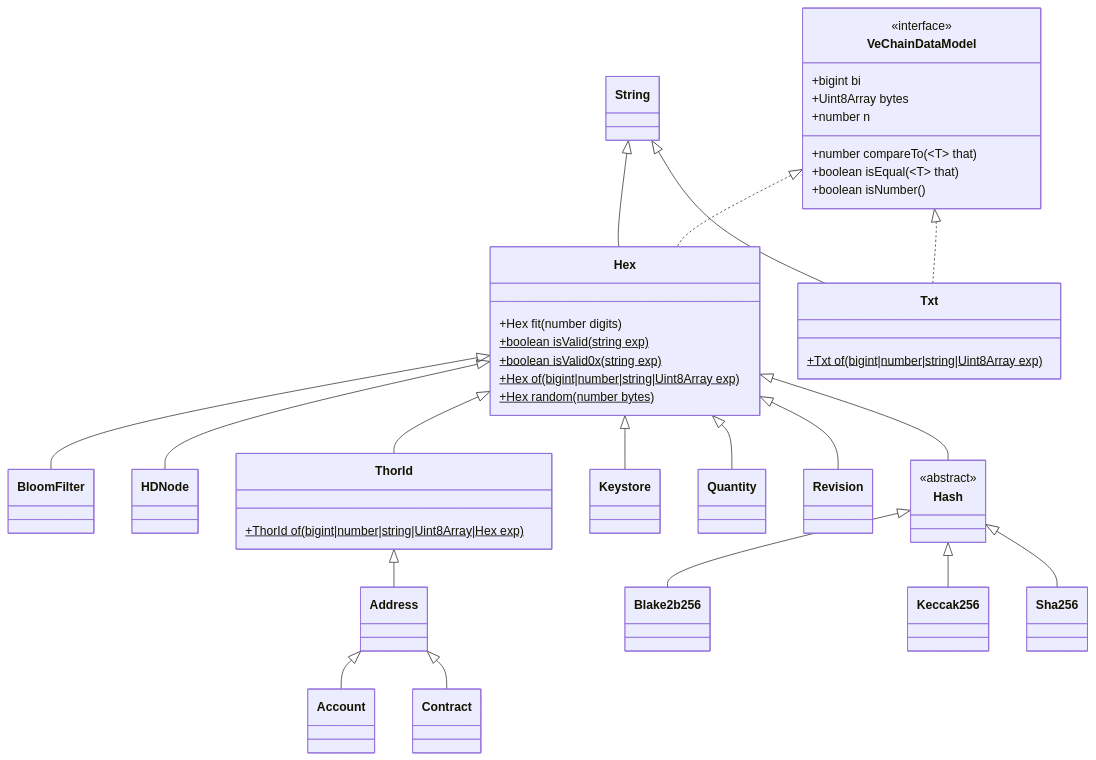
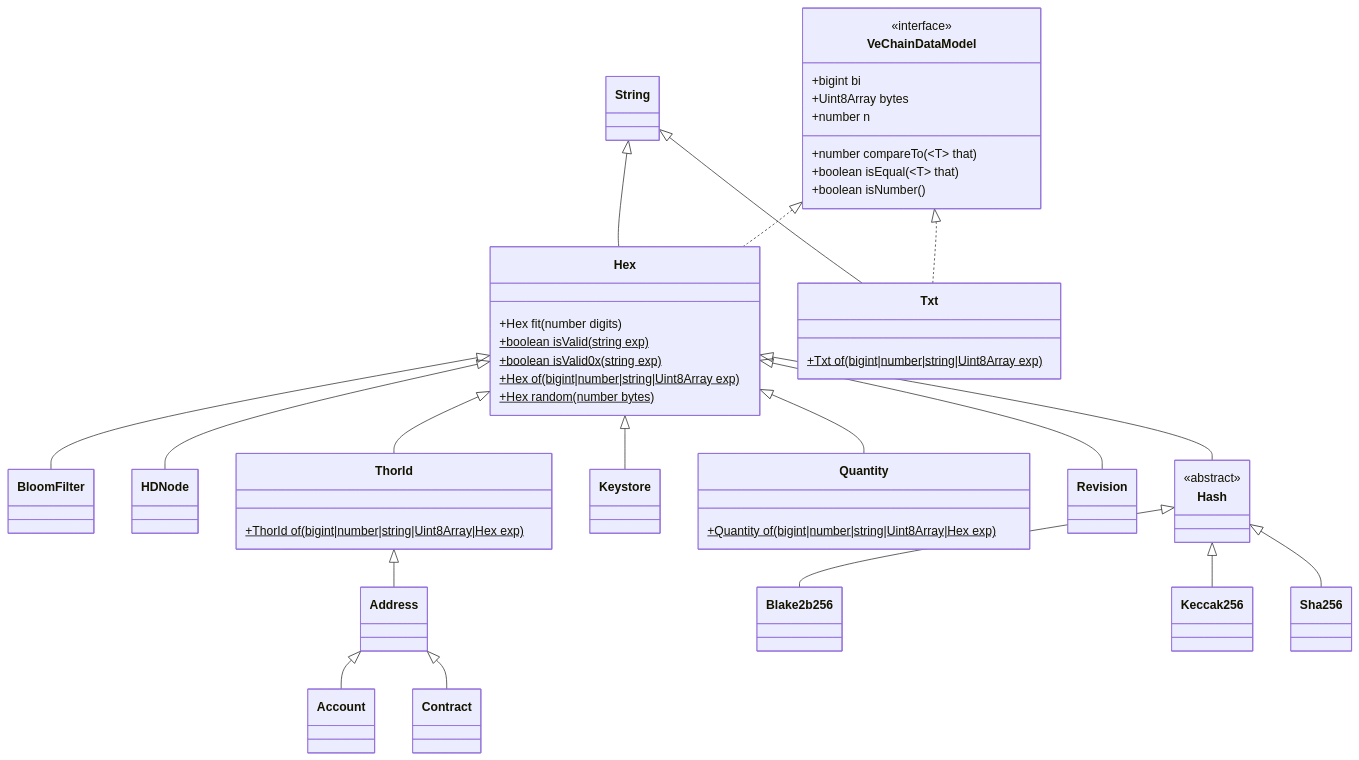
Before and after one commit to vechain/vechain-sdk-js: the diagram in docs/diagrams/architecture/vcdm.md, drawn with Mermaid. The commit also changed 5 other files, not shown here.

````diff
--- a/docs/diagrams/architecture/vcdm.md
+++ b/docs/diagrams/architecture/vcdm.md
@@ -1,58 +1,60 @@
 ```mermaid
 classDiagram
     class Account
     class Address
     class Blake2b256
     class BloomFilter
     class Contract
     class HDNode
     class Hash {
         <<abstract>>
     }
     class Hex {
         +Hex fit(number digits)
         +boolean isValid(string exp)$
         +boolean isValid0x(string exp)$
         +Hex of(bigint|number|string|Uint8Array exp)$
         +Hex random(number bytes)$
     }
     class Keccak256 
     class Keystore
-    class Quantity
+    class Quantity {
+        +Quantity of(bigint|number|string|Uint8Array|Hex exp)$
+    }
     class Revision
     class Sha256
     class String
     class ThorId {
         +ThorId of(bigint|number|string|Uint8Array|Hex exp)$
     }
     class Txt {
         +Txt of(bigint|number|string|Uint8Array exp)$
     }
     class String
     class VeChainDataModel{
         <<interface>>
       +bigint bi
       +Uint8Array bytes
       +number n
       +number compareTo(~T~ that)
       +boolean isEqual(~T~ that)
       +boolean isNumber()
     }
     Address <|-- Account
     Address <|-- Contract
     Hash <|-- Blake2b256
     Hash <|-- Keccak256
     Hash <|-- Sha256
     Hex <|-- BloomFilter
     Hex <|-- HDNode
     Hex <|-- Hash
     Hex <|-- Keystore
     Hex <|-- Quantity
     Hex <|-- Revision
     Hex <|-- ThorId
     String <|-- Hex
     String <|-- Txt
     ThorId <|-- Address
     VeChainDataModel <|.. Hex
     VeChainDataModel <|.. Txt
 ```
````
